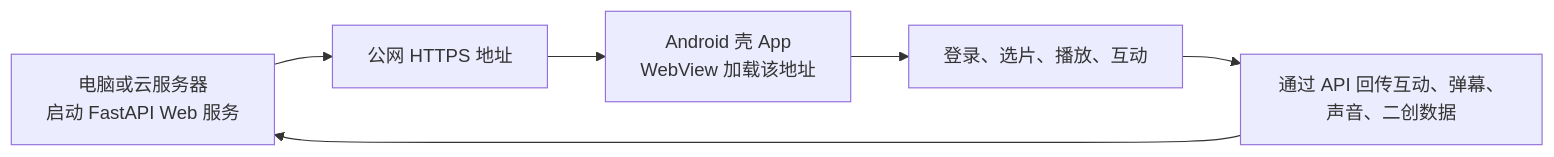
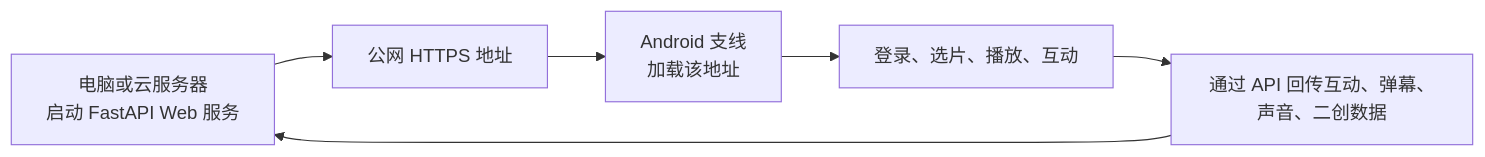
The second of 2 diagrams in README.md (leoelio/Understanding-Short-Dramas), drawn with Mermaid before and after one commit. The commit also changed other lines of this file, not shown here.

Commit message:
docs: rename Android app wording

````diff
--- a/README.md
+++ b/README.md
@@ -294,8 +294,8 @@
 ```mermaid
 flowchart LR
     A["电脑或云服务器<br/>启动 FastAPI Web 服务"] --> B["公网 HTTPS 地址"]
-    B --> C["Android 壳 App<br/>WebView 加载该地址"]
+    B --> C["Android 支线<br/>加载该地址"]
     C --> D["登录、选片、播放、互动"]
     D --> E["通过 API 回传互动、弹幕、声音、二创数据"]
     E --> A
 ```
````
